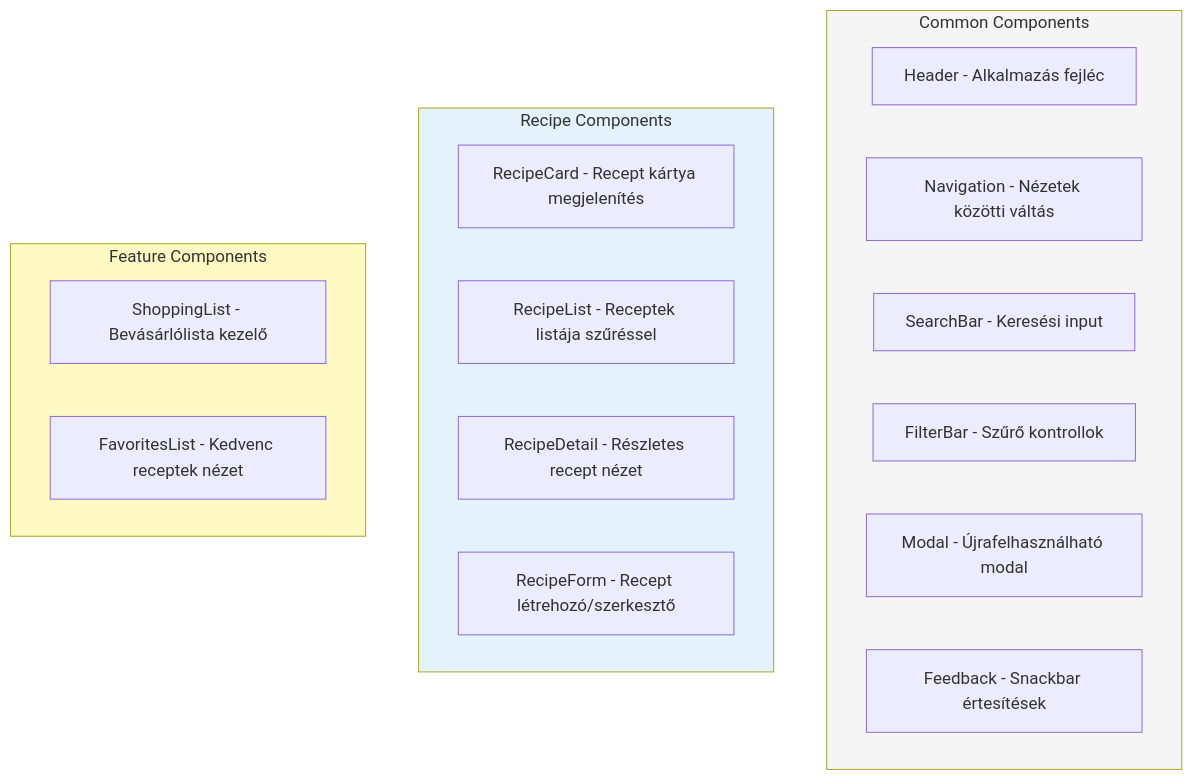
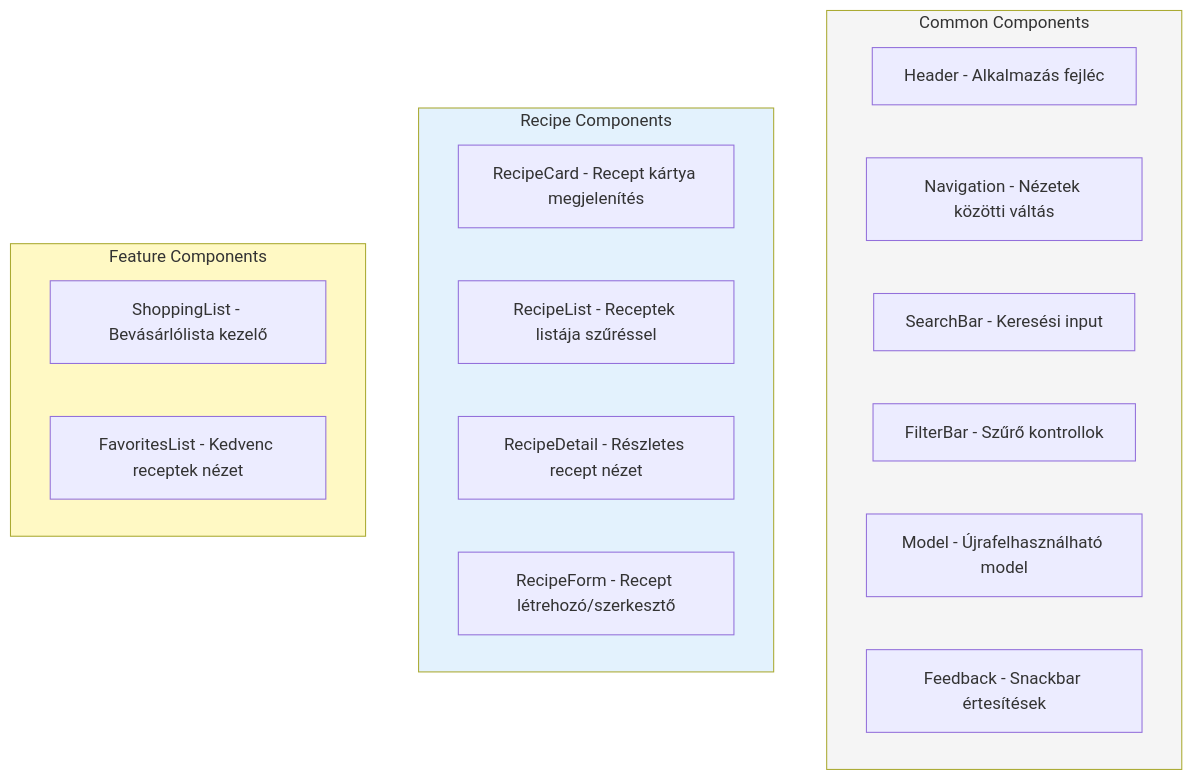
One commit to jajecnikmarci/kliensoldali-NHF changed the ninth of 15 diagrams in README.md. Above: the diagram before and after it, drawn with Mermaid. The commit also changed other lines of this file, not shown here.

````diff
--- a/README.md
+++ b/README.md
@@ -461,27 +463,27 @@
 ```mermaid
 graph TB
     subgraph Common["Common Components"]
         Header["Header - Alkalmazás fejléc"]
         Navigation["Navigation - Nézetek közötti váltás"]
         SearchBar["SearchBar - Keresési input"]
         FilterBar["FilterBar - Szűrő kontrollok"]
-        Modal["Modal - Újrafelhasználható modal"]
+        Model["Model - Újrafelhasználható model"]
         Feedback["Feedback - Snackbar értesítések"]
     end
     
     subgraph Recipe["Recipe Components"]
         RecipeCard["RecipeCard - Recept kártya megjelenítés"]
         RecipeList["RecipeList - Receptek listája szűréssel"]
         RecipeDetail["RecipeDetail - Részletes recept nézet"]
         RecipeForm["RecipeForm - Recept létrehozó/szerkesztő"]
     end
     
     subgraph Feature["Feature Components"]
         ShoppingList["ShoppingList - Bevásárlólista kezelő"]
         FavoritesList["FavoritesList - Kedvenc receptek nézet"]
     end
     
     style Common fill:#f5f5f5
     style Recipe fill:#e3f2fd
     style Feature fill:#fff9c4
 ```
````
